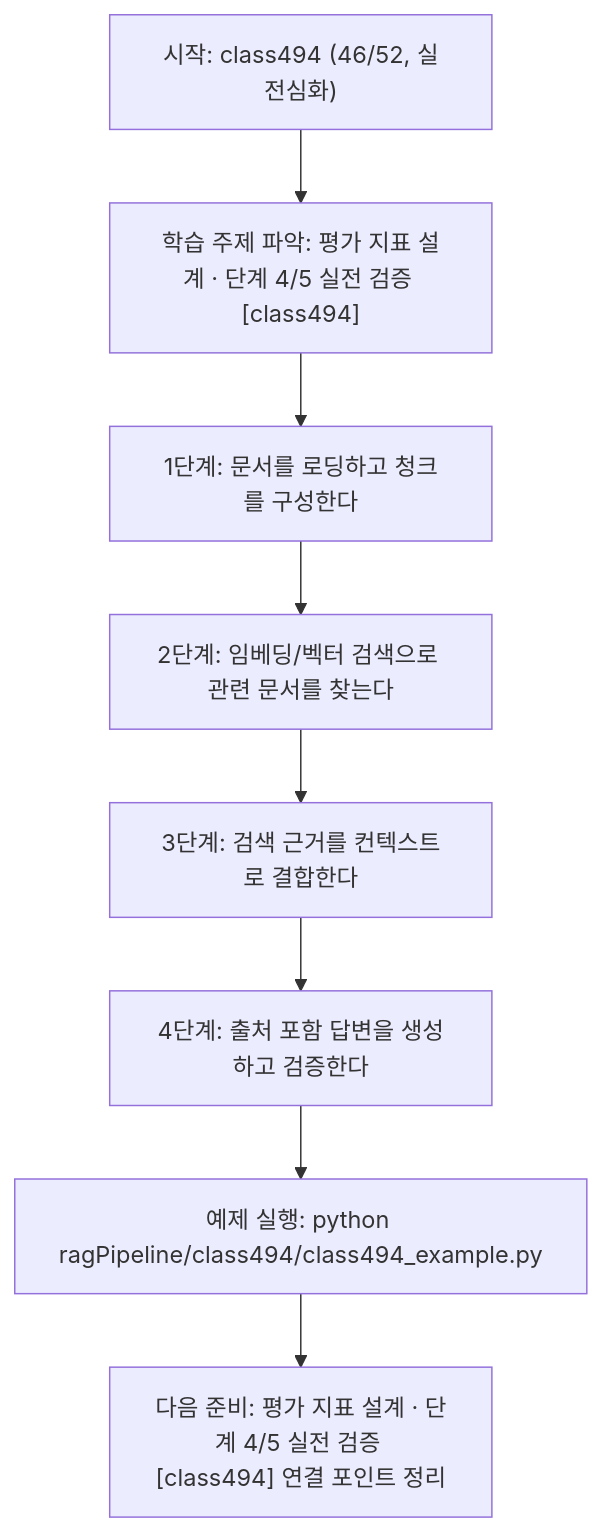
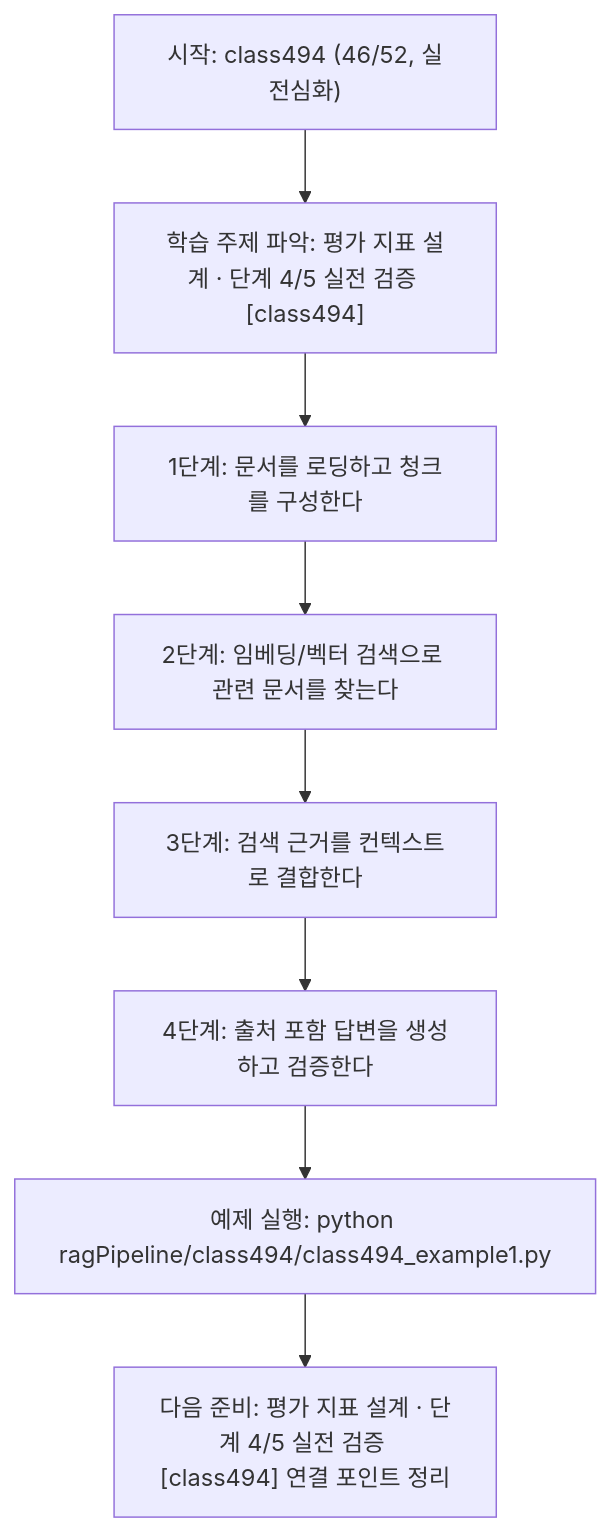
The diagram in ragPipeline/class494/class494.md (edumgt/Python-AI_Agent-Class), drawn with Mermaid before and after one commit. The commit also changed other lines of this file and 2959 other files, not shown here.

````diff
--- a/ragPipeline/class494/class494.md
+++ b/ragPipeline/class494/class494.md
@@ -111,18 +111,18 @@
 ```mermaid
 flowchart TD
 N1["시작: class494 (46/52, 실전심화)"]
 N2["학습 주제 파악: 평가 지표 설계 · 단계 4/5 실전 검증 [class494]"]
 N3["1단계: 문서를 로딩하고 청크를 구성한다"]
 N4["2단계: 임베딩/벡터 검색으로 관련 문서를 찾는다"]
 N5["3단계: 검색 근거를 컨텍스트로 결합한다"]
 N6["4단계: 출처 포함 답변을 생성하고 검증한다"]
-N7["예제 실행: python ragPipeline/class494/class494_example.py"]
+N7["예제 실행: python ragPipeline/class494/class494_example1.py"]
 N8["다음 준비: 평가 지표 설계 · 단계 4/5 실전 검증 [class494] 연결 포인트 정리"]
 N1 --> N2
 N2 --> N3
 N3 --> N4
 N4 --> N5
 N5 --> N6
 N6 --> N7
 N7 --> N8
 ```
````
